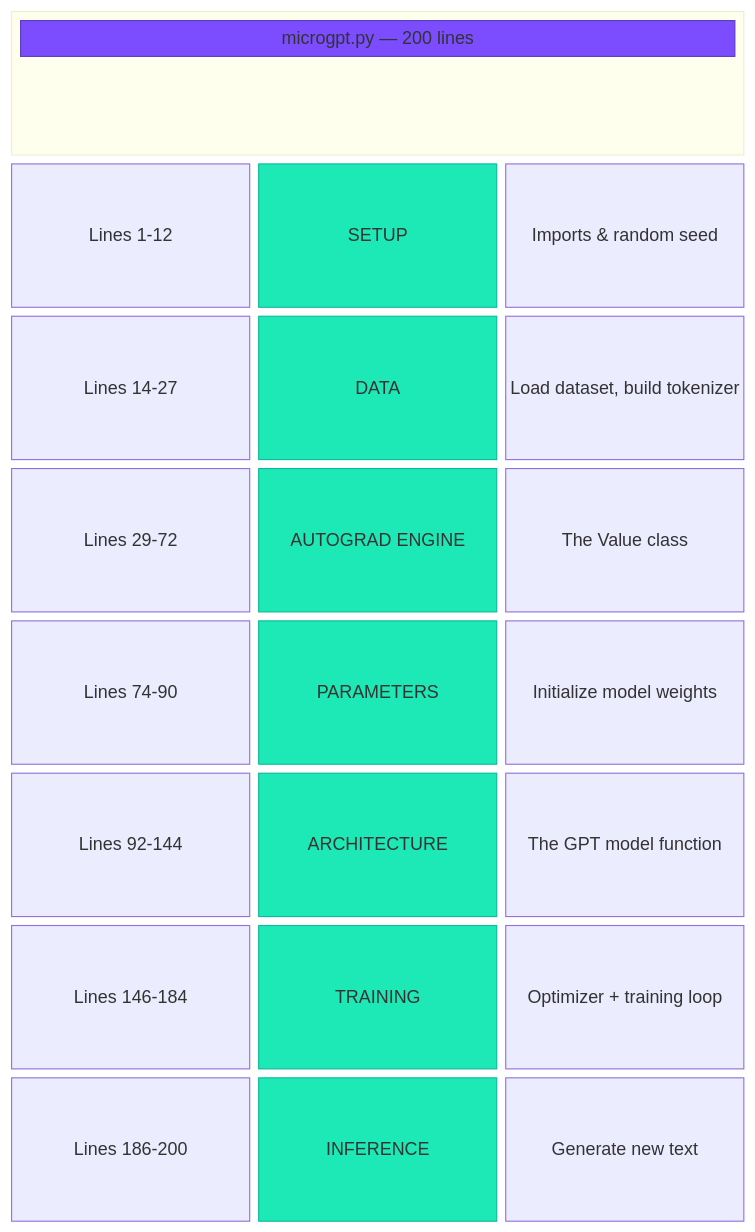
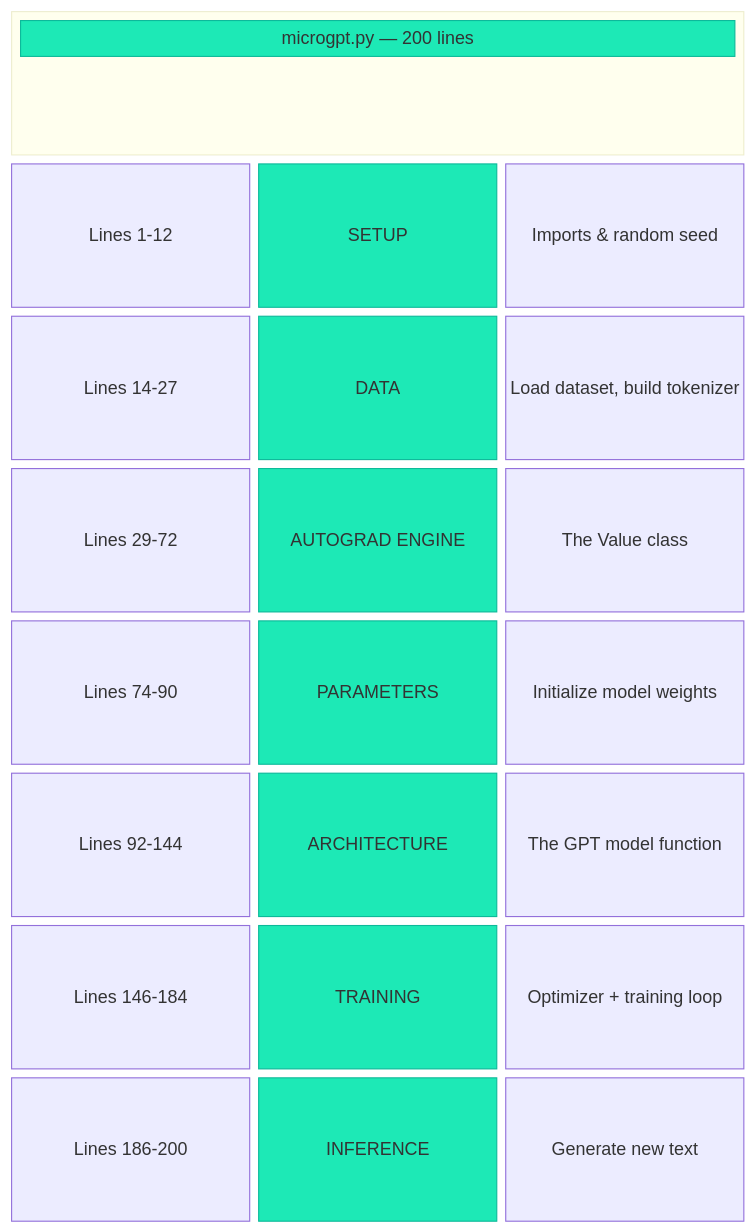
The first of 2 diagrams in docs/00-the-big-picture/01-the-200-line-map.md (iamkhalid2/microgpt-course), drawn with Mermaid before and after one commit. The commit also changed other lines of this file and 23 other files, not shown here.

````diff
--- a/docs/00-the-big-picture/01-the-200-line-map.md
+++ b/docs/00-the-big-picture/01-the-200-line-map.md
@@ -7,24 +7,24 @@
 ```mermaid
 block-beta
     columns 3
     block:header:3
         columns 3
         h["microgpt.py — 200 lines"]:3
     end
     l1["Lines 1-12"] s1["SETUP"] d1["Imports & random seed"]
     l2["Lines 14-27"] s2["DATA"] d2["Load dataset, build tokenizer"]
     l3["Lines 29-72"] s3["AUTOGRAD ENGINE"] d3["The Value class"]
     l4["Lines 74-90"] s4["PARAMETERS"] d4["Initialize model weights"]
     l5["Lines 92-144"] s5["ARCHITECTURE"] d5["The GPT model function"]
     l6["Lines 146-184"] s6["TRAINING"] d6["Optimizer + training loop"]
     l7["Lines 186-200"] s7["INFERENCE"] d7["Generate new text"]
 
-    style h fill:#7c4dff,stroke:#5c3cbf,color:#fff
+    style h fill:#1de9b6,stroke:#0db99a,color:#fff
     style s1 fill:#1de9b6,stroke:#0db99a,color:#000
     style s2 fill:#1de9b6,stroke:#0db99a,color:#000
     style s3 fill:#1de9b6,stroke:#0db99a,color:#000
     style s4 fill:#1de9b6,stroke:#0db99a,color:#000
     style s5 fill:#1de9b6,stroke:#0db99a,color:#000
     style s6 fill:#1de9b6,stroke:#0db99a,color:#000
     style s7 fill:#1de9b6,stroke:#0db99a,color:#000
 ```
````
